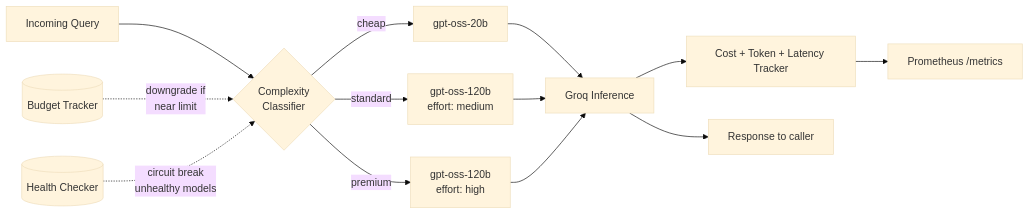
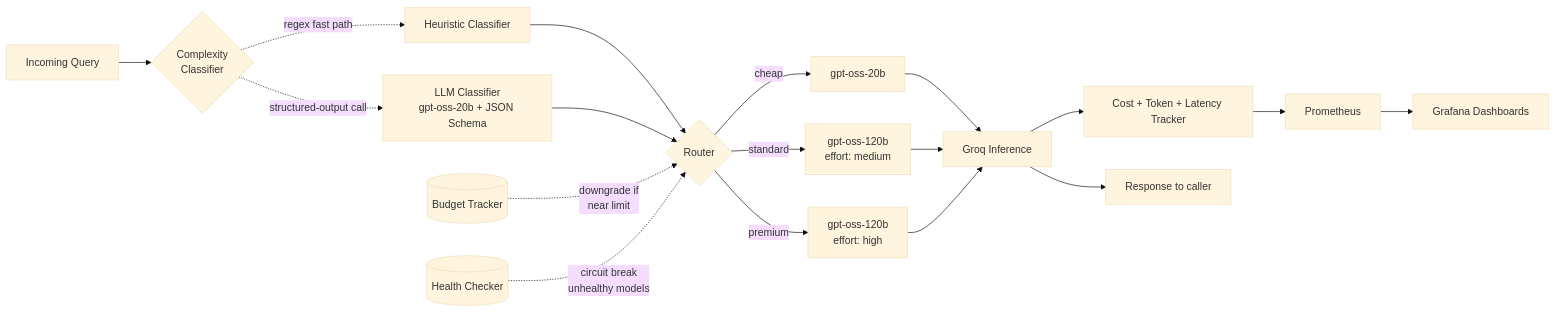
Before and after one commit to rooneyrulz/llm-cost-router: the diagram in README.md, drawn with Mermaid (base theme). The commit also changed other lines of this file and 3 other files, not shown here.

````diff
--- a/README.md
+++ b/README.md
@@ -41,14 +44,18 @@
 ```mermaid
 flowchart LR
     A[Incoming Query] --> B{Complexity<br/>Classifier}
-    B -->|cheap| C1[gpt-oss-20b]
-    B -->|standard| C2[gpt-oss-120b<br/>effort: medium]
-    B -->|premium| C3[gpt-oss-120b<br/>effort: high]
+    B -.regex fast path.-> B2[Heuristic Classifier]
+    B -.structured-output call.-> B3[LLM Classifier<br/>gpt-oss-20b + JSON Schema]
+    B2 & B3 --> R{Router}
+    R -->|cheap| C1[gpt-oss-20b]
+    R -->|standard| C2[gpt-oss-120b<br/>effort: medium]
+    R -->|premium| C3[gpt-oss-120b<br/>effort: high]
     C1 & C2 & C3 --> D[Groq Inference]
     D --> E[Cost + Token + Latency Tracker]
-    E --> F[Prometheus /metrics]
+    E --> F[Prometheus]
+    F --> J[Grafana Dashboards]
     D --> G[Response to caller]
 
-    H[(Budget Tracker)] -.downgrade if<br/>near limit.-> B
-    I[(Health Checker)] -.circuit break<br/>unhealthy models.-> B
+    H[(Budget Tracker)] -.downgrade if<br/>near limit.-> R
+    I[(Health Checker)] -.circuit break<br/>unhealthy models.-> R
 ```
````
